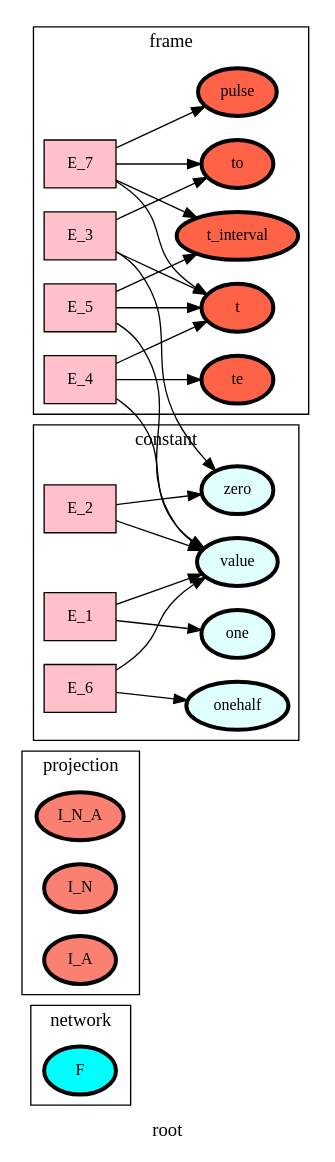
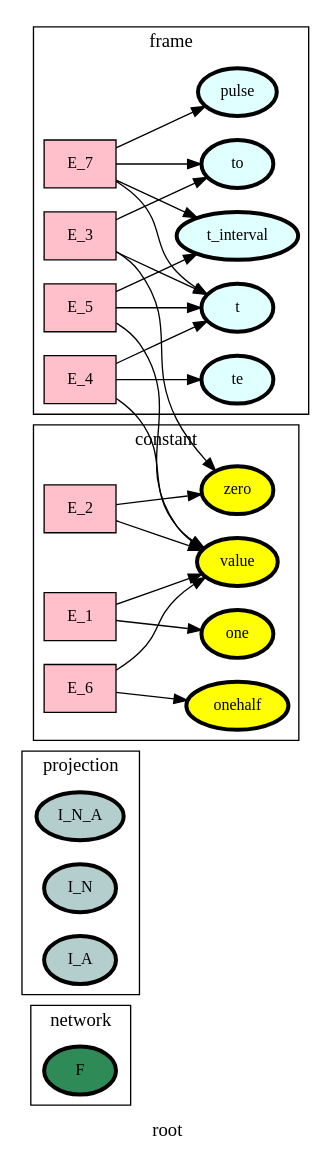
The diagram in ontology_graphs/graph__root.dot (heinz-preisig/sandbox21), drawn with Graphviz before and after one commit. The commit also changed 456 other files, not shown here.

```diff
--- a/ontology_graphs/graph__root.dot
+++ b/ontology_graphs/graph__root.dot
@@ -1,68 +1,68 @@
 digraph root {
 label=root;
 rankdir=LR;
 subgraph cluster_root___network {
 label=network;
 rankdir=LR;
-V_10 [fillcolor=cyan, fontsize=12, label=F, penwidth=3, style=filled];
+V_10 [fillcolor=seagreen4, fontsize=12, label=F, penwidth=3, style=filled];
 }
 
 subgraph cluster_root___projection {
 label=projection;
 rankdir=LR;
-V_48 [fillcolor=salmon, fontsize=12, label=I_N_A, penwidth=3, style=filled];
-V_96 [fillcolor=salmon, fontsize=12, label=I_N, penwidth=3, style=filled];
-V_97 [fillcolor=salmon, fontsize=12, label=I_A, penwidth=3, style=filled];
+V_48 [fillcolor=lightcyan3, fontsize=12, label=I_N_A, penwidth=3, style=filled];
+V_96 [fillcolor=lightcyan3, fontsize=12, label=I_N, penwidth=3, style=filled];
+V_97 [fillcolor=lightcyan3, fontsize=12, label=I_A, penwidth=3, style=filled];
 }
 
 E_3 -> V_3  [splines=ortho];
 E_3 -> V_4  [splines=ortho];
 E_4 -> V_1  [splines=ortho];
 E_4 -> V_4  [splines=ortho];
 E_5 -> V_1  [splines=ortho];
 E_5 -> V_4  [splines=ortho];
 E_7 -> V_4  [splines=ortho];
 E_7 -> V_5  [splines=ortho];
 E_7 -> V_7  [splines=ortho];
 subgraph cluster_root___frame {
 label=frame;
 rankdir=LR;
-V_4 [fillcolor=tomato, fontsize=12, label=t, penwidth=3, style=filled];
-V_5 [fillcolor=tomato, fontsize=12, label=to, penwidth=3, style=filled];
-V_6 [fillcolor=tomato, fontsize=12, label=te, penwidth=3, style=filled];
-V_7 [fillcolor=tomato, fontsize=12, label=t_interval, penwidth=3, style=filled];
-V_9 [fillcolor=tomato, fontsize=12, label=pulse, penwidth=3, style=filled];
+V_4 [fillcolor=lightcyan1, fontsize=12, label=t, penwidth=3, style=filled];
+V_5 [fillcolor=lightcyan1, fontsize=12, label=to, penwidth=3, style=filled];
+V_6 [fillcolor=lightcyan1, fontsize=12, label=te, penwidth=3, style=filled];
+V_7 [fillcolor=lightcyan1, fontsize=12, label=t_interval, penwidth=3, style=filled];
+V_9 [fillcolor=lightcyan1, fontsize=12, label=pulse, penwidth=3, style=filled];
 E_3 [fillcolor=pink, fontsize=12, shape=box, style=filled];
 E_3 -> V_5  [splines=ortho];
 E_4 [fillcolor=pink, fontsize=12, shape=box, style=filled];
 E_4 -> V_6  [splines=ortho];
 E_5 [fillcolor=pink, fontsize=12, shape=box, style=filled];
 E_5 -> V_7  [splines=ortho];
 E_7 [fillcolor=pink, fontsize=12, shape=box, style=filled];
 E_7 -> V_9  [splines=ortho];
 }
 
 subgraph cluster_root___state {
 label=state;
 rankdir=LR;
 }
 
 E_1 -> V_1  [splines=ortho];
 E_2 -> V_1  [splines=ortho];
 E_6 -> V_1  [splines=ortho];
 subgraph cluster_root___constant {
 label=constant;
 rankdir=LR;
-V_1 [fillcolor=lightcyan, fontsize=12, label=value, penwidth=3, style=filled];
-V_2 [fillcolor=lightcyan, fontsize=12, label=one, penwidth=3, style=filled];
-V_3 [fillcolor=lightcyan, fontsize=12, label=zero, penwidth=3, style=filled];
-V_8 [fillcolor=lightcyan, fontsize=12, label=onehalf, penwidth=3, style=filled];
+V_1 [fillcolor=yellow, fontsize=12, label=value, penwidth=3, style=filled];
+V_2 [fillcolor=yellow, fontsize=12, label=one, penwidth=3, style=filled];
+V_3 [fillcolor=yellow, fontsize=12, label=zero, penwidth=3, style=filled];
+V_8 [fillcolor=yellow, fontsize=12, label=onehalf, penwidth=3, style=filled];
 E_1 [fillcolor=pink, fontsize=12, shape=box, style=filled];
 E_1 -> V_2  [splines=ortho];
 E_2 [fillcolor=pink, fontsize=12, shape=box, style=filled];
 E_2 -> V_3  [splines=ortho];
 E_6 [fillcolor=pink, fontsize=12, shape=box, style=filled];
 E_6 -> V_8  [splines=ortho];
 }
 
 }
```
